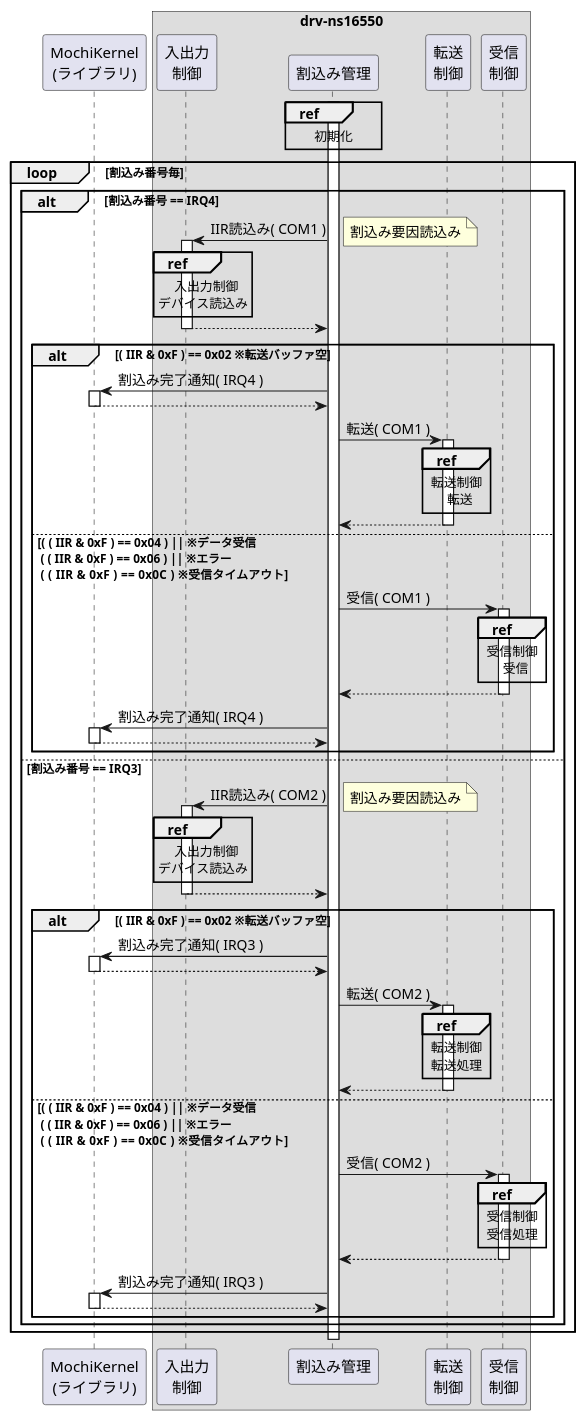
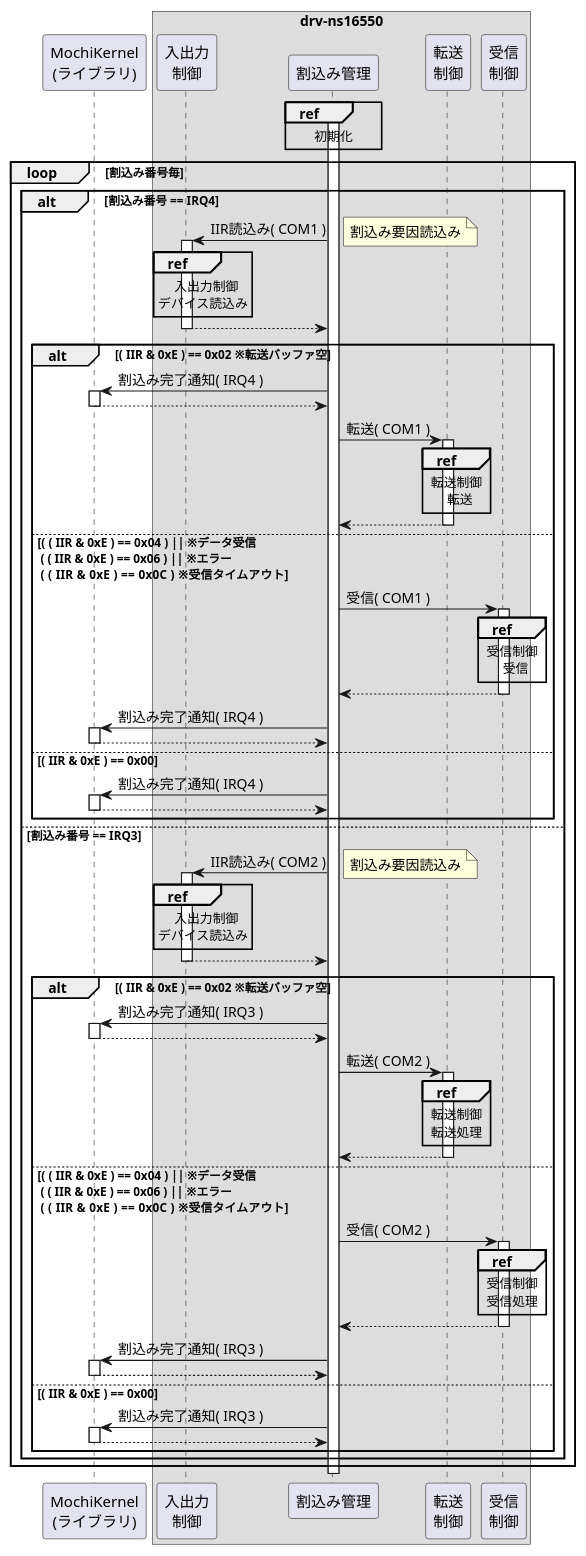
The diagram in docs/docs/internal/intmng/proc.puml (MasterMochi/drv-ns16550), drawn with PlantUML before and after one commit. The commit also changed 2 other files, not shown here.

```diff
--- a/docs/docs/internal/intmng/proc.puml
+++ b/docs/docs/internal/intmng/proc.puml
@@ -1,105 +1,118 @@
 @startuml
 
 participant "MochiKernel\n(ライブラリ)" as kernel
 box "drv-ns16550"
     participant "入出力\n制御" as ioctrl
     participant "割込み管理"   as intmng
     participant "転送\n制御"   as txctrl
     participant "受信\n制御"   as rxctrl
 end box
 
 activate intmng
 ref over intmng
     初期化
 end ref
 
 loop 割込み番号毎
     alt 割込み番号 == IRQ4
         ioctrl <- intmng: IIR読込み( COM1 )
         activate ioctrl
         note right: 割込み要因読込み
         ref over ioctrl
               入出力制御
             デバイス読込み
         end ref
         ioctrl --> intmng:
         deactivate ioctrl
 
-        alt ( IIR & 0xF ) == 0x02 ※転送バッファ空
+        alt ( IIR & 0xE ) == 0x02 ※転送バッファ空
             kernel <- intmng: 割込み完了通知( IRQ4 )
             activate kernel
             kernel --> intmng:
             deactivate kernel
 
             intmng -> txctrl: 転送( COM1 )
             activate txctrl
             ref over txctrl
                 転送制御
                   転送
             end ref
             intmng <-- txctrl:
             deactivate txctrl
 
-        else ( ( IIR & 0xF ) == 0x04 ) || ※データ受信\n ( ( IIR & 0xF ) == 0x06 ) || ※エラー\n ( ( IIR & 0xF ) == 0x0C )    ※受信タイムアウト
+        else ( ( IIR & 0xE ) == 0x04 ) || ※データ受信\n ( ( IIR & 0xE ) == 0x06 ) || ※エラー\n ( ( IIR & 0xE ) == 0x0C )    ※受信タイムアウト
             intmng -> rxctrl: 受信( COM1 )
             activate rxctrl
             ref over rxctrl
                 受信制御
                   受信
             end ref
             intmng <-- rxctrl
             deactivate rxctrl
 
+            kernel <- intmng: 割込み完了通知( IRQ4 )
+            activate kernel
+            kernel --> intmng:
+            deactivate kernel
+
+        else ( IIR & 0xE ) == 0x00
             kernel <- intmng: 割込み完了通知( IRQ4 )
             activate kernel
             kernel --> intmng:
             deactivate kernel
 
         end alt
 
     else 割込み番号 == IRQ3
         ioctrl <- intmng: IIR読込み( COM2 )
         activate ioctrl
         note right: 割込み要因読込み
         ref over ioctrl
               入出力制御
             デバイス読込み
         end ref
         ioctrl --> intmng:
         deactivate ioctrl
 
-        alt ( IIR & 0xF ) == 0x02 ※転送バッファ空
+        alt ( IIR & 0xE ) == 0x02 ※転送バッファ空
             kernel <- intmng: 割込み完了通知( IRQ3 )
             activate kernel
             kernel --> intmng:
             deactivate kernel
 
             intmng -> txctrl: 転送( COM2 )
             activate txctrl
             ref over txctrl
                 転送制御
                 転送処理
             end ref
             intmng <-- txctrl:
             deactivate txctrl
 
-        else ( ( IIR & 0xF ) == 0x04 ) || ※データ受信\n ( ( IIR & 0xF ) == 0x06 ) || ※エラー\n ( ( IIR & 0xF ) == 0x0C )    ※受信タイムアウト
+        else ( ( IIR & 0xE ) == 0x04 ) || ※データ受信\n ( ( IIR & 0xE ) == 0x06 ) || ※エラー\n ( ( IIR & 0xE ) == 0x0C )    ※受信タイムアウト
             intmng -> rxctrl: 受信( COM2 )
             activate rxctrl
             ref over rxctrl
                 受信制御
                 受信処理
             end ref
             intmng <-- rxctrl
             deactivate rxctrl
 
             kernel <- intmng: 割込み完了通知( IRQ3 )
             activate kernel
             kernel --> intmng:
             deactivate kernel
+
+        else ( IIR & 0xE ) == 0x00
+            kernel <- intmng: 割込み完了通知( IRQ3 )
+            activate kernel
+            kernel --> intmng:
+            deactivate kernel
+
         end alt
     end alt
 end loop
 deactivate intmng
 
 @enduml
```
